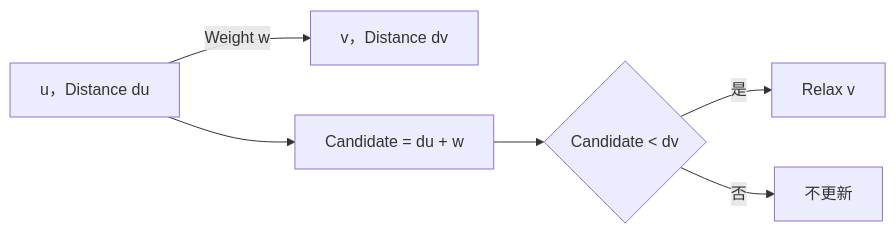
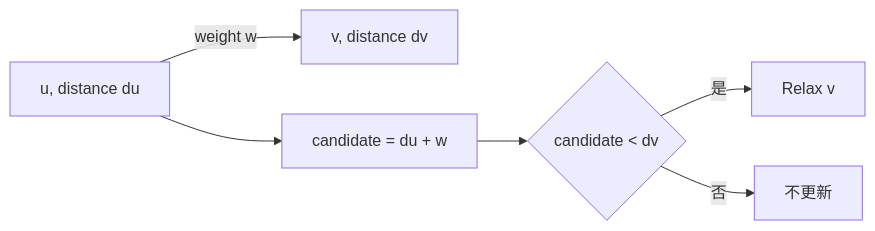
The fourth of 9 diagrams in 07_graph/33_shortest_path.md (davidchen0970/algorithm_note), drawn with Mermaid before and after one commit. The commit also changed other lines of this file and 2 other files, not shown here.

````diff
--- a/07_graph/33_shortest_path.md
+++ b/07_graph/33_shortest_path.md
@@ -124,8 +216,8 @@
 ```mermaid
 flowchart LR
-    U[u，Distance du] -->|Weight w| V[v，Distance dv]
-    U --> C[Candidate = du + w]
-    C --> Q{Candidate < dv}
-    Q -->|是| R[Relax v]
-    Q -->|否| K[不更新]
+    U["u, distance du"] -->|"weight w"| V["v, distance dv"]
+    U --> C["candidate = du + w"]
+    C --> Q{"candidate < dv"}
+    Q -->|是| R["Relax v"]
+    Q -->|否| K["不更新"]
 ```
````
